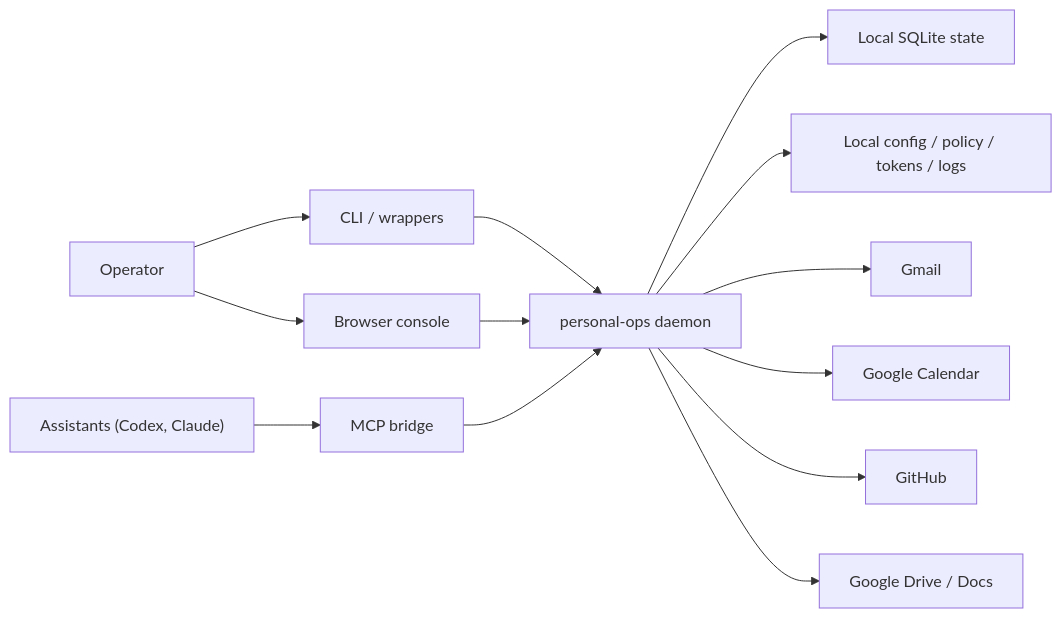
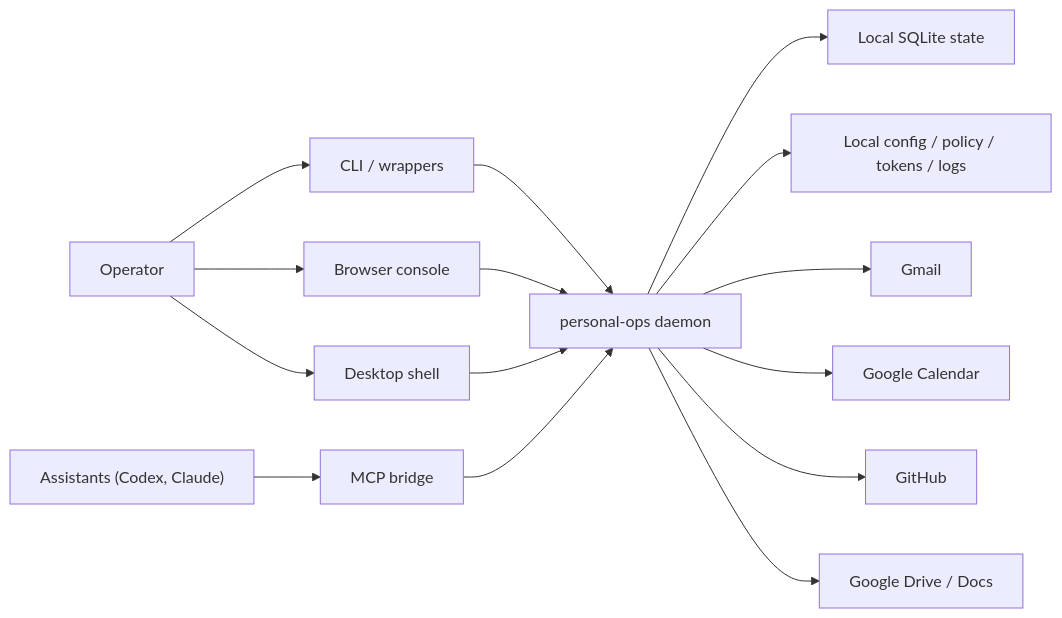
Before and after one commit to saagpatel/personal-ops: the diagram in ARCHITECTURE.md, drawn with Mermaid. The commit also changed other lines of this file and 58 other files, not shown here.

First line of the commit message:
feat(desktop): add macOS shell and install flow

````diff
--- a/ARCHITECTURE.md
+++ b/ARCHITECTURE.md
@@ -33,15 +34,17 @@
 ```mermaid
 flowchart LR
   operator["Operator"] --> cli["CLI / wrappers"]
   operator --> console["Browser console"]
+  operator --> desktop["Desktop shell"]
   assistants["Assistants (Codex, Claude)"] --> mcp["MCP bridge"]
   cli --> service["personal-ops daemon"]
   console --> service
+  desktop --> service
   mcp --> service
   service --> db["Local SQLite state"]
   service --> config["Local config / policy / tokens / logs"]
   service --> gmail["Gmail"]
   service --> calendar["Google Calendar"]
   service --> github["GitHub"]
   service --> drive["Google Drive / Docs"]
 ```
````
